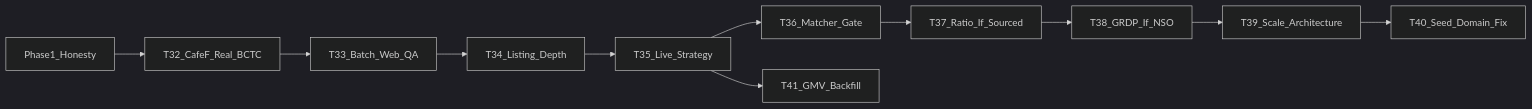
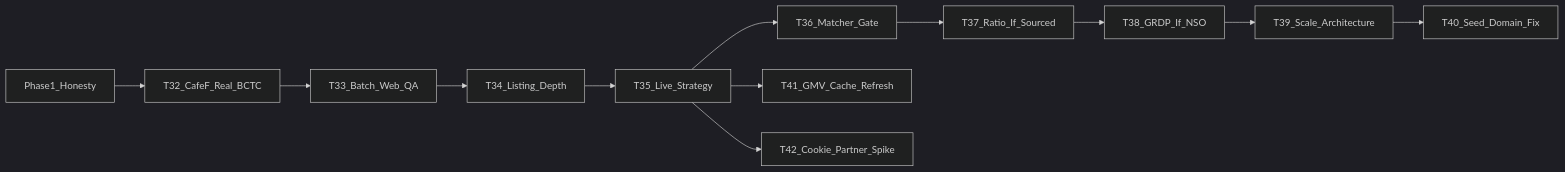
The diagram in .scratch/epic3-phase2-plan.md (thanhhale288/data-economy), drawn with Mermaid (dark theme) before and after one commit. The commit also changed other lines of this file and 27 other files, not shown here.

````diff
--- a/.scratch/epic3-phase2-plan.md
+++ b/.scratch/epic3-phase2-plan.md
@@ -9,16 +9,18 @@
 ```mermaid
 flowchart LR
   P1[Phase1_Honesty]
   T32[T32_CafeF_Real_BCTC]
   T33[T33_Batch_Web_QA]
   T34[T34_Listing_Depth]
   T35[T35_Live_Strategy]
   T36[T36_Matcher_Gate]
   T37[T37_Ratio_If_Sourced]
   T38[T38_GRDP_If_NSO]
   T39[T39_Scale_Architecture]
   T40[T40_Seed_Domain_Fix]
-  T41[T41_GMV_Backfill]
+  T41[T41_GMV_Cache_Refresh]
+  T42[T42_Cookie_Partner_Spike]
   P1 --> T32 --> T33 --> T34 --> T35 --> T36 --> T37 --> T38 --> T39 --> T40
   T35 --> T41
+  T35 --> T42
 ```
````
